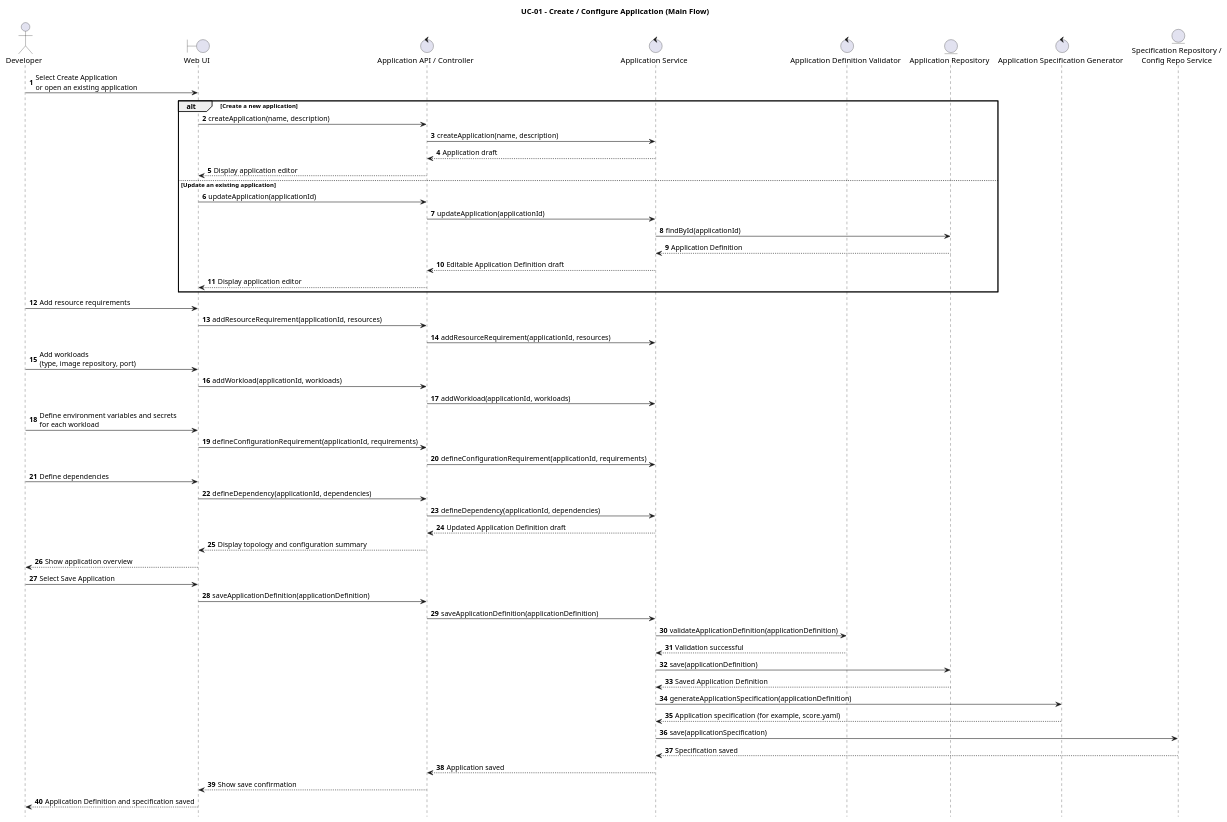
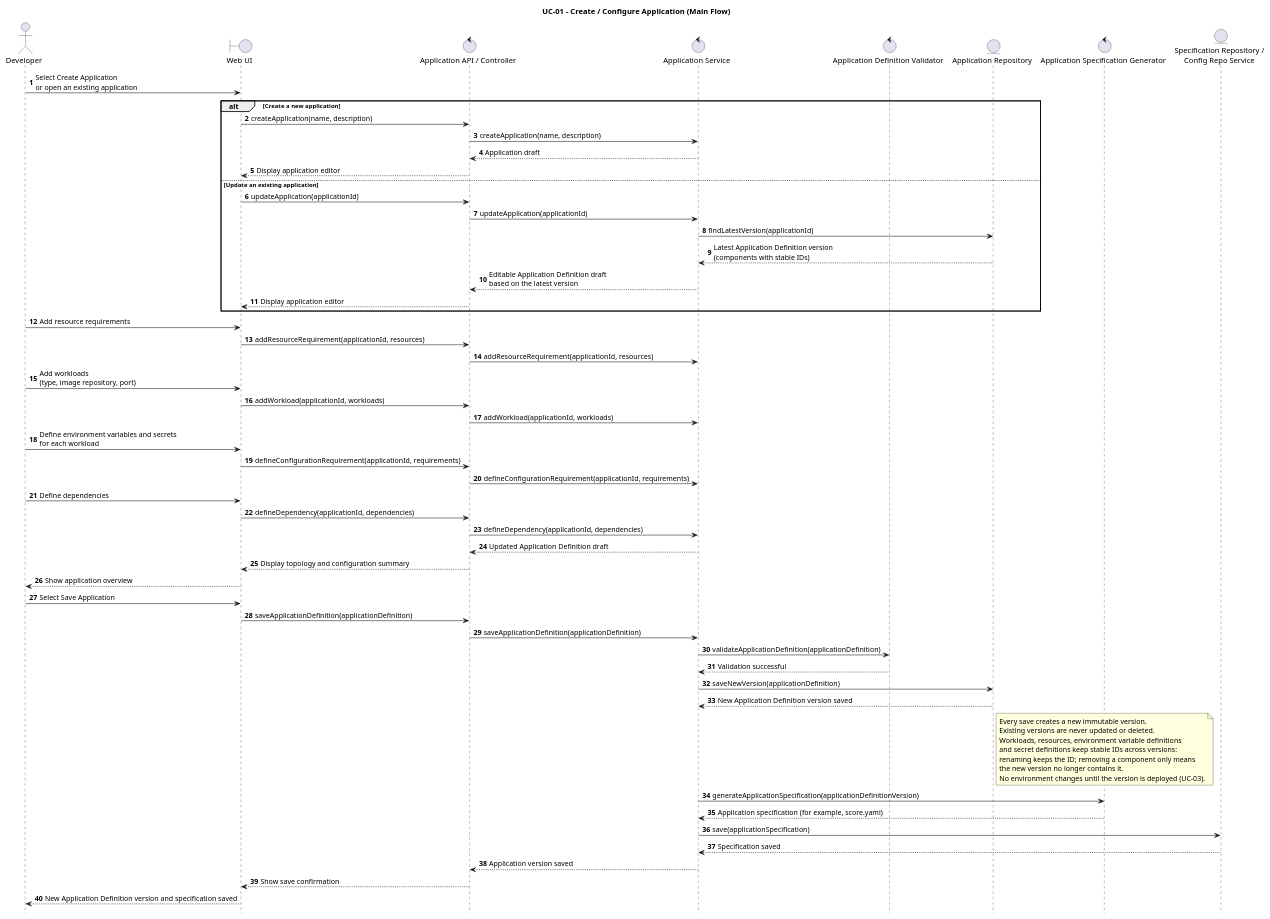
One commit to pr3s3nt/final_idp changed the diagram in sequence_digrams/uc_01_create_configure_application.puml. Above: the diagram before and after it, drawn with PlantUML. The commit also changed 3 other files, not shown here.

First line of the commit message:
Sửa sequence diagram theo vấn đề 2, 3, 5, 10

```diff
--- a/sequence_digrams/uc_01_create_configure_application.puml
+++ b/sequence_digrams/uc_01_create_configure_application.puml
@@ -1,67 +1,76 @@
 @startuml
 title UC-01 - Create / Configure Application (Main Flow)
 
 autonumber
 hide footbox
 
 actor Developer
 boundary "Web UI" as UI
 control "Application API / Controller" as API
 control "Application Service" as Service
 control "Application Definition Validator" as Validator
 entity "Application Repository" as AppRepo
 control "Application Specification Generator" as SpecGenerator
 entity "Specification Repository /\nConfig Repo Service" as SpecRepo
 
 Developer -> UI: Select Create Application\nor open an existing application
 
 alt Create a new application
     UI -> API: createApplication(name, description)
     API -> Service: createApplication(name, description)
     Service --> API: Application draft
     API --> UI: Display application editor
 else Update an existing application
     UI -> API: updateApplication(applicationId)
     API -> Service: updateApplication(applicationId)
-    Service -> AppRepo: findById(applicationId)
-    AppRepo --> Service: Application Definition
-    Service --> API: Editable Application Definition draft
+    Service -> AppRepo: findLatestVersion(applicationId)
+    AppRepo --> Service: Latest Application Definition version\n(components with stable IDs)
+    Service --> API: Editable Application Definition draft\nbased on the latest version
     API --> UI: Display application editor
 end
 
 Developer -> UI: Add resource requirements
 UI -> API: addResourceRequirement(applicationId, resources)
 API -> Service: addResourceRequirement(applicationId, resources)
 
 Developer -> UI: Add workloads\n(type, image repository, port)
 UI -> API: addWorkload(applicationId, workloads)
 API -> Service: addWorkload(applicationId, workloads)
 
 Developer -> UI: Define environment variables and secrets\nfor each workload
 UI -> API: defineConfigurationRequirement(applicationId, requirements)
 API -> Service: defineConfigurationRequirement(applicationId, requirements)
 
 Developer -> UI: Define dependencies
 UI -> API: defineDependency(applicationId, dependencies)
 API -> Service: defineDependency(applicationId, dependencies)
 
 Service --> API: Updated Application Definition draft
 API --> UI: Display topology and configuration summary
 UI --> Developer: Show application overview
 
 Developer -> UI: Select Save Application
 UI -> API: saveApplicationDefinition(applicationDefinition)
 API -> Service: saveApplicationDefinition(applicationDefinition)
 Service -> Validator: validateApplicationDefinition(applicationDefinition)
 Validator --> Service: Validation successful
-Service -> AppRepo: save(applicationDefinition)
-AppRepo --> Service: Saved Application Definition
-Service -> SpecGenerator: generateApplicationSpecification(applicationDefinition)
+Service -> AppRepo: saveNewVersion(applicationDefinition)
+AppRepo --> Service: New Application Definition version saved
+note right of AppRepo
+  Every save creates a new immutable version.
+  Existing versions are never updated or deleted.
+  Workloads, resources, environment variable definitions
+  and secret definitions keep stable IDs across versions:
+  renaming keeps the ID; removing a component only means
+  the new version no longer contains it.
+  No environment changes until the version is deployed (UC-03).
+end note
+Service -> SpecGenerator: generateApplicationSpecification(applicationDefinitionVersion)
 SpecGenerator --> Service: Application specification (for example, score.yaml)
 Service -> SpecRepo: save(applicationSpecification)
 SpecRepo --> Service: Specification saved
-Service --> API: Application saved
+Service --> API: Application version saved
 API --> UI: Show save confirmation
-UI --> Developer: Application Definition and specification saved
+UI --> Developer: New Application Definition version and specification saved
 
 @enduml
```
